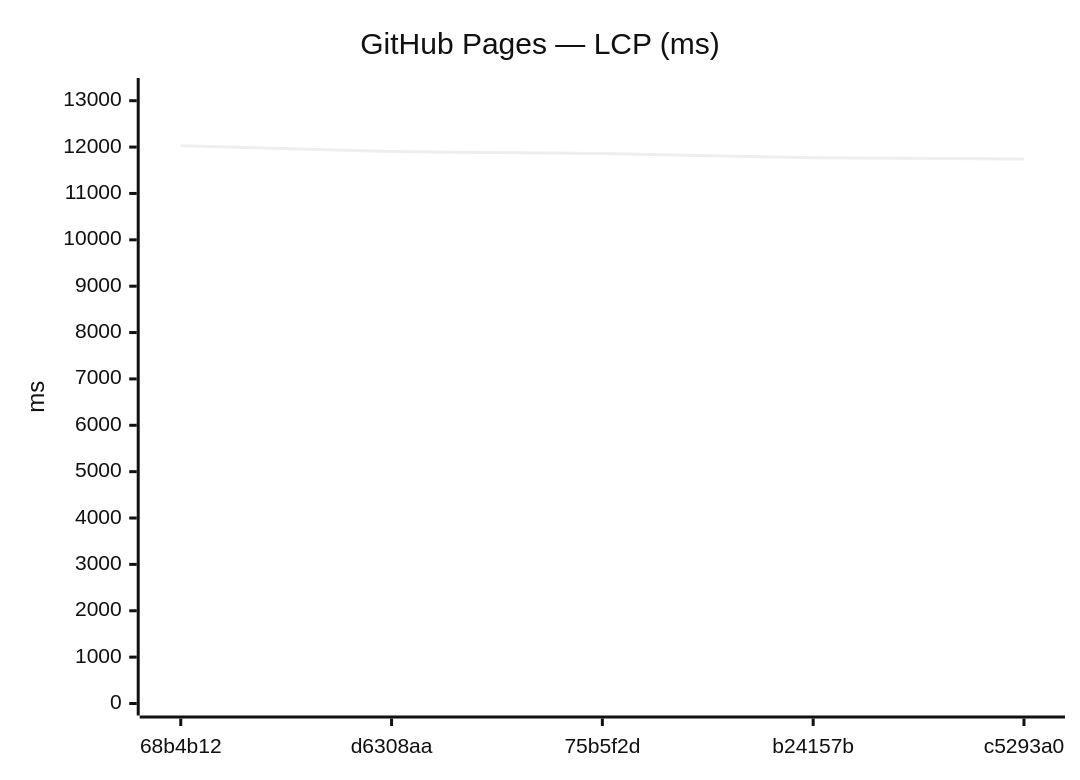
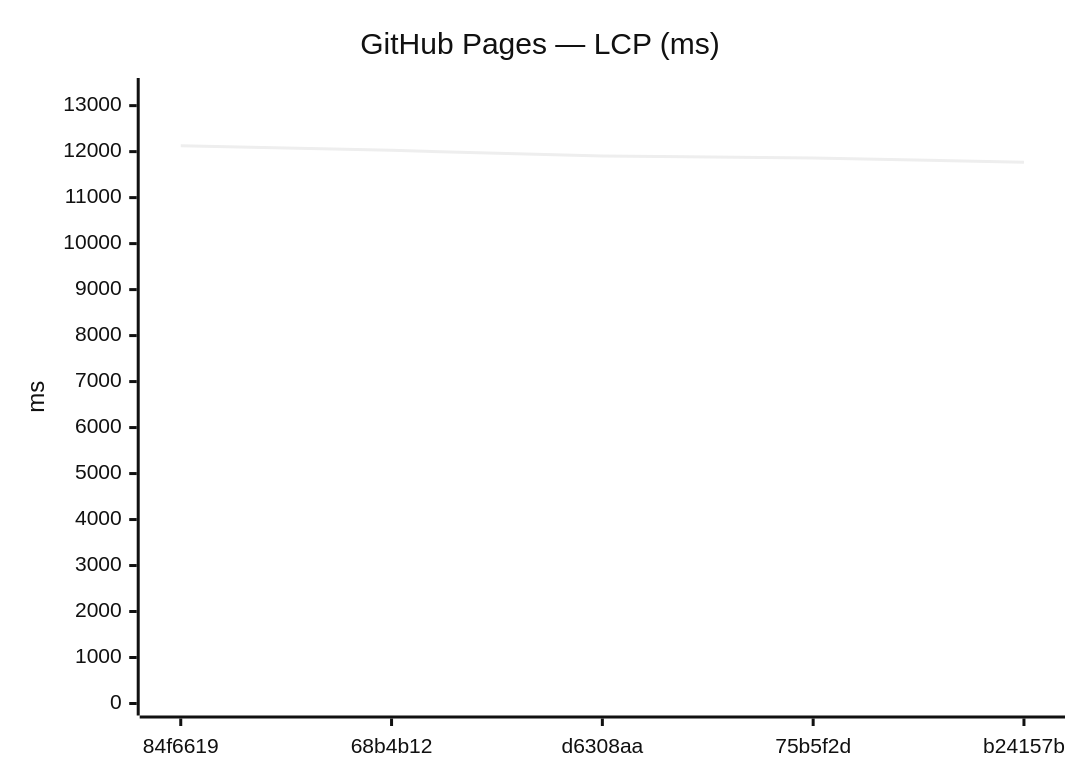
One commit to Metaheurist/Rianell changed the ninth of 18 diagrams in benchmarks/compare.md. Above: the diagram before and after it, drawn with Mermaid (neutral theme). The commit also changed other lines of this file and 12 other files, not shown here.

````diff
--- a/benchmarks/compare.md
+++ b/benchmarks/compare.md
@@ -169,7 +142,7 @@
 ```mermaid
 xychart-beta
     title "GitHub Pages — LCP (ms)"
-    x-axis ["68b4b12", "d6308aa", "75b5f2d", "b24157b", "c5293a0"]
-    y-axis "ms" 0 --> 13231
-    line [12028, 11904, 11863, 11768, 11742]
+    x-axis ["84f6619", "68b4b12", "d6308aa", "75b5f2d", "b24157b"]
+    y-axis "ms" 0 --> 13340
+    line [12127, 12028, 11904, 11863, 11768]
 ```
````
